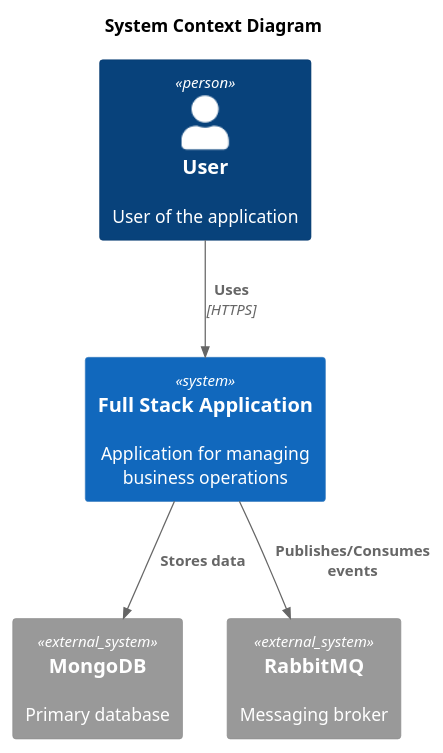
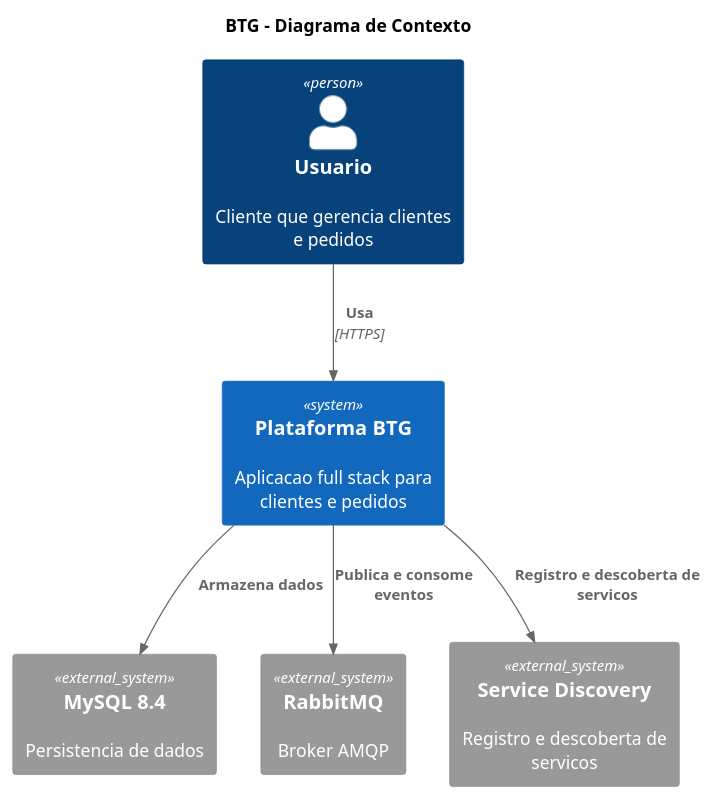
The diagram in docs/architecture/context-diagram.puml (leoalmeida/desafioBTG), drawn with PlantUML before and after one commit. The commit also changed 9 other files, not shown here.

```diff
--- a/docs/architecture/context-diagram.puml
+++ b/docs/architecture/context-diagram.puml
@@ -1,19 +1,21 @@
-@startuml C4_Context
+@startuml context_diagram
 
 !include https://raw.githubusercontent.com/plantuml-stdlib/C4-PlantUML/master/C4_Context.puml
 
-title System Context Diagram
+title BTG - Diagrama de Contexto
 
-Person(user, "User", "User of the application")
+Person(user, "Usuario", "Cliente que gerencia clientes e pedidos")
 
-System(system, "Full Stack Application", "Application for managing business operations")
+System(system, "Plataforma BTG", "Aplicacao full stack para clientes e pedidos")
 
-System_Ext(mongodb, "MongoDB", "Primary database")
-System_Ext(rabbitmq, "RabbitMQ", "Messaging broker")
+System_Ext(mysql, "MySQL 8.4", "Persistencia de dados")
+System_Ext(rabbitmq, "RabbitMQ", "Broker AMQP")
+System_Ext(eureka, "Service Discovery", "Registro e descoberta de servicos")
 
-Rel(user, system, "Uses", "HTTPS")
+Rel(user, system, "Usa", "HTTPS")
 
-Rel(system, mongodb, "Stores data")
-Rel(system, rabbitmq, "Publishes/Consumes events")
+Rel(system, mysql, "Armazena dados")
+Rel(system, rabbitmq, "Publica e consome eventos")
+Rel(system, eureka, "Registro e descoberta de servicos")
 
 @enduml
```
